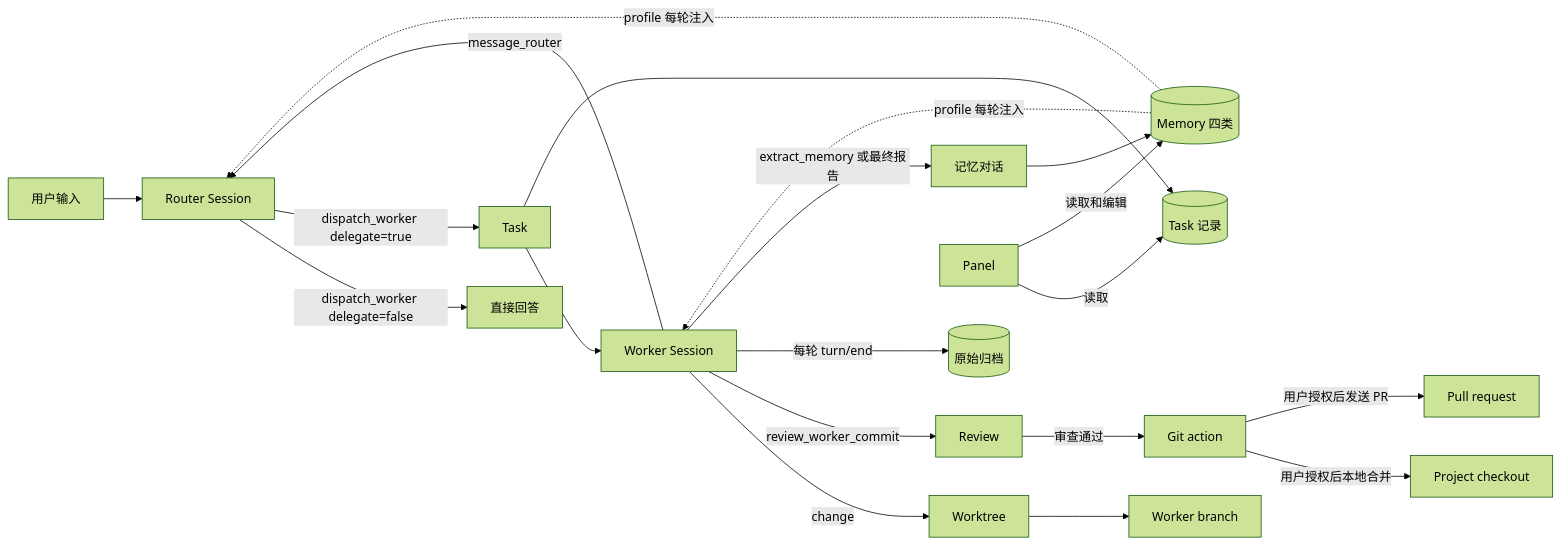
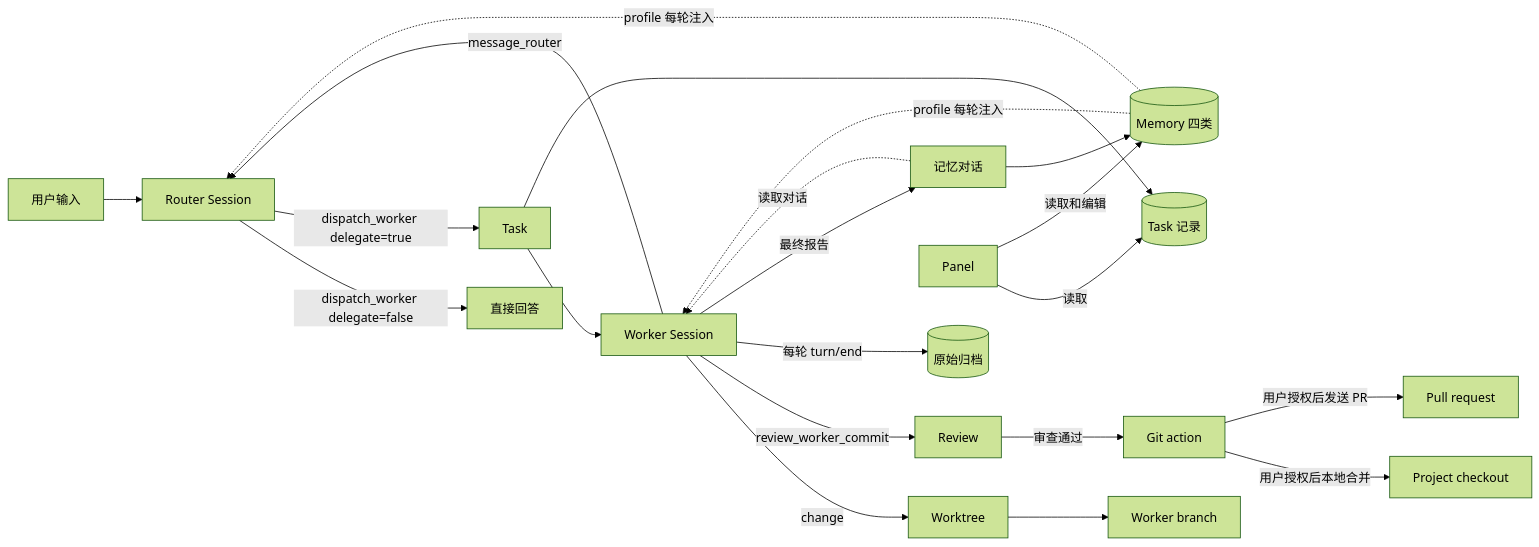
The diagram in docs/001-domain.md (LMQ00/superagent-lite), drawn with Mermaid (forest theme) before and after one commit. The commit also changed other lines of this file and 16 other files, not shown here.

````diff
--- a/docs/001-domain.md
+++ b/docs/001-domain.md
@@ -9,22 +9,23 @@
 ```mermaid
 flowchart LR
   I[用户输入] --> R[Router Session]
   R -->|dispatch_worker delegate=false| A[直接回答]
   R -->|dispatch_worker delegate=true| T[Task]
   T --> W[Worker Session]
   W -->|change| WT[Worktree]
   WT --> B[Worker branch]
   W -->|review_worker_commit| V[Review]
   W -->|message_router| R
   V -->|审查通过| G[Git action]
   G -->|用户授权后本地合并| P[Project checkout]
   G -->|用户授权后发送 PR| PR[Pull request]
   T --> D[(Task 记录)]
   W -->|每轮 turn/end| AR[(原始归档)]
-  W -->|extract_memory 或最终报告| M[记忆对话]
+  W -->|最终报告| M[记忆对话]
+  M -.->|读取对话| W
   M --> ME[(Memory 四类)]
   ME -.->|profile 每轮注入| R
   ME -.->|profile 每轮注入| W
   PN[Panel] -->|读取| D
   PN -->|读取和编辑| ME
 ```
````
